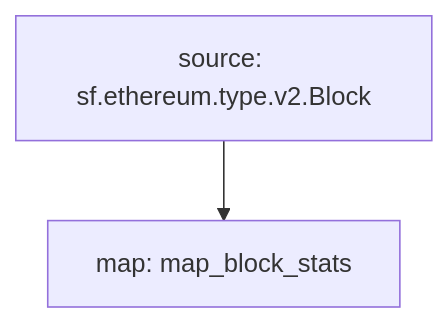
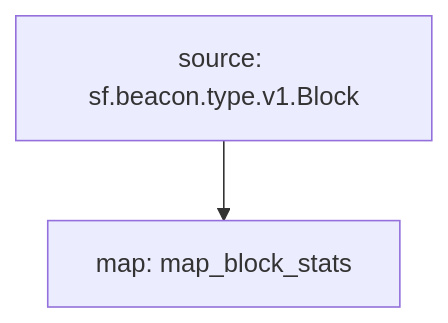
The diagram in blocks/beacon/README.md (pinax-network/subtivity-substreams), drawn with Mermaid before and after one commit. The commit also changed other lines of this file and 9 other files, not shown here.

````diff
--- a/blocks/beacon/README.md
+++ b/blocks/beacon/README.md
@@ -13,5 +13,5 @@
 ```mermaid
 graph TD;
-  map_block_stats[map: map_block_stats]
-  sf.ethereum.type.v2.Block[source: sf.ethereum.type.v2.Block] --> map_block_stats
+  map_block_stats[map: map_block_stats];
+  sf.beacon.type.v1.Block[source: sf.beacon.type.v1.Block] --> map_block_stats;
 ```
````
